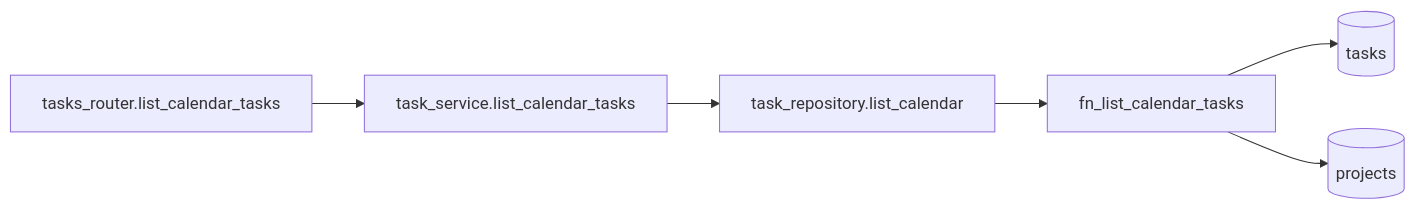
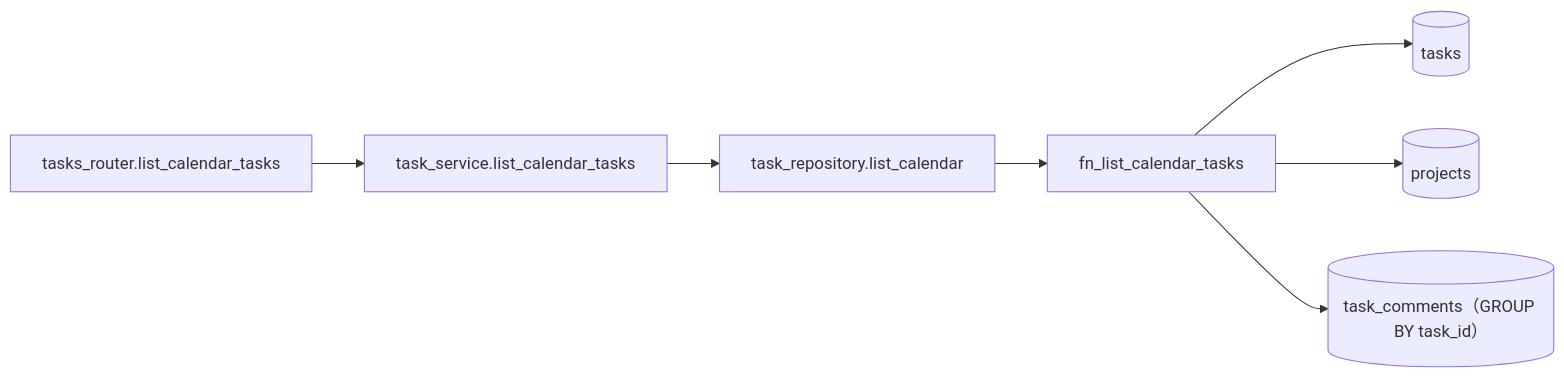
One commit to oikawa-d/task_management changed the second of 3 diagrams in docs/detailed_design/api/tasks/12_get_calendar_tasks.md. Above: the diagram before and after it, drawn with Mermaid. The commit also changed other lines of this file and 75 other files, not shown here.

````diff
--- a/docs/detailed_design/api/tasks/12_get_calendar_tasks.md
+++ b/docs/detailed_design/api/tasks/12_get_calendar_tasks.md
@@ -79,8 +79,9 @@
 ```mermaid
 flowchart LR
     R["tasks_router.list_calendar_tasks"] --> S["task_service.list_calendar_tasks"]
     S --> P["task_repository.list_calendar"]
     P --> F["fn_list_calendar_tasks"]
     F --> T[("tasks")]
     F --> PR[("projects")]
+    F --> C[("task_comments（GROUP BY task_id）")]
 ```
````
